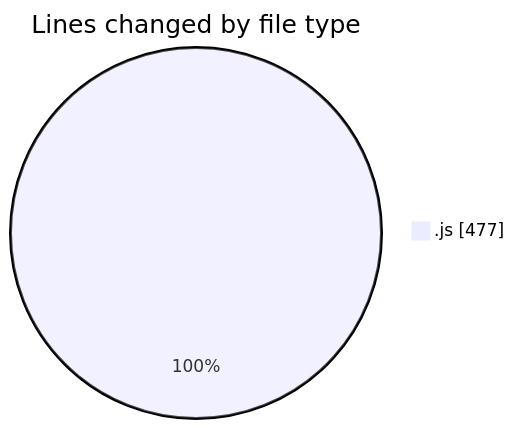
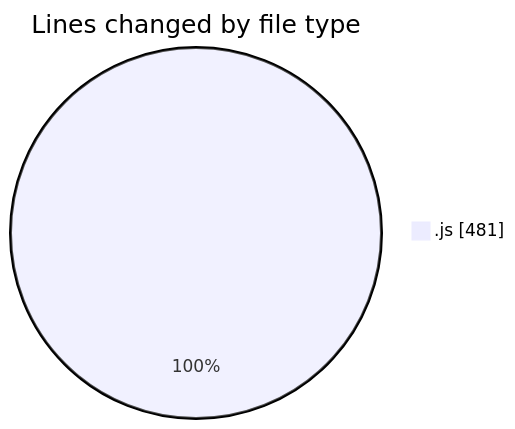
Before and after one commit to lephambinh05/code-tracking: the first of 2 diagrams in 2025-07-10/mail-listener2-0_1_3/README.md, drawn with Mermaid. The commit also changed other lines of this file and 1 other file, not shown here.

````diff
--- a/2025-07-10/mail-listener2-0_1_3/README.md
+++ b/2025-07-10/mail-listener2-0_1_3/README.md
@@ -23,5 +23,5 @@
 ```mermaid
 pie showData
 title Lines changed by file type
-".js" : 477
+".js" : 481
 ```
````
